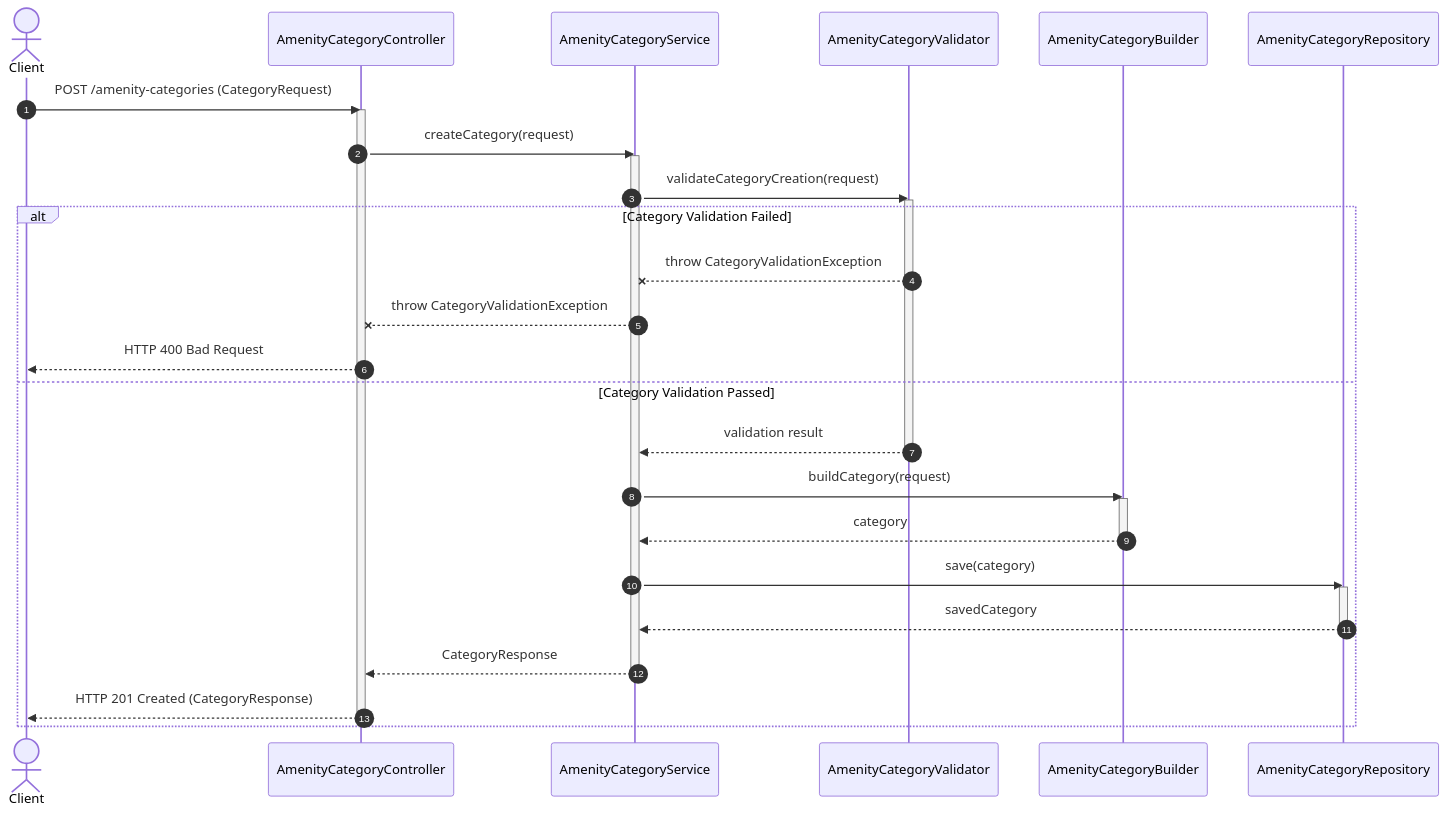
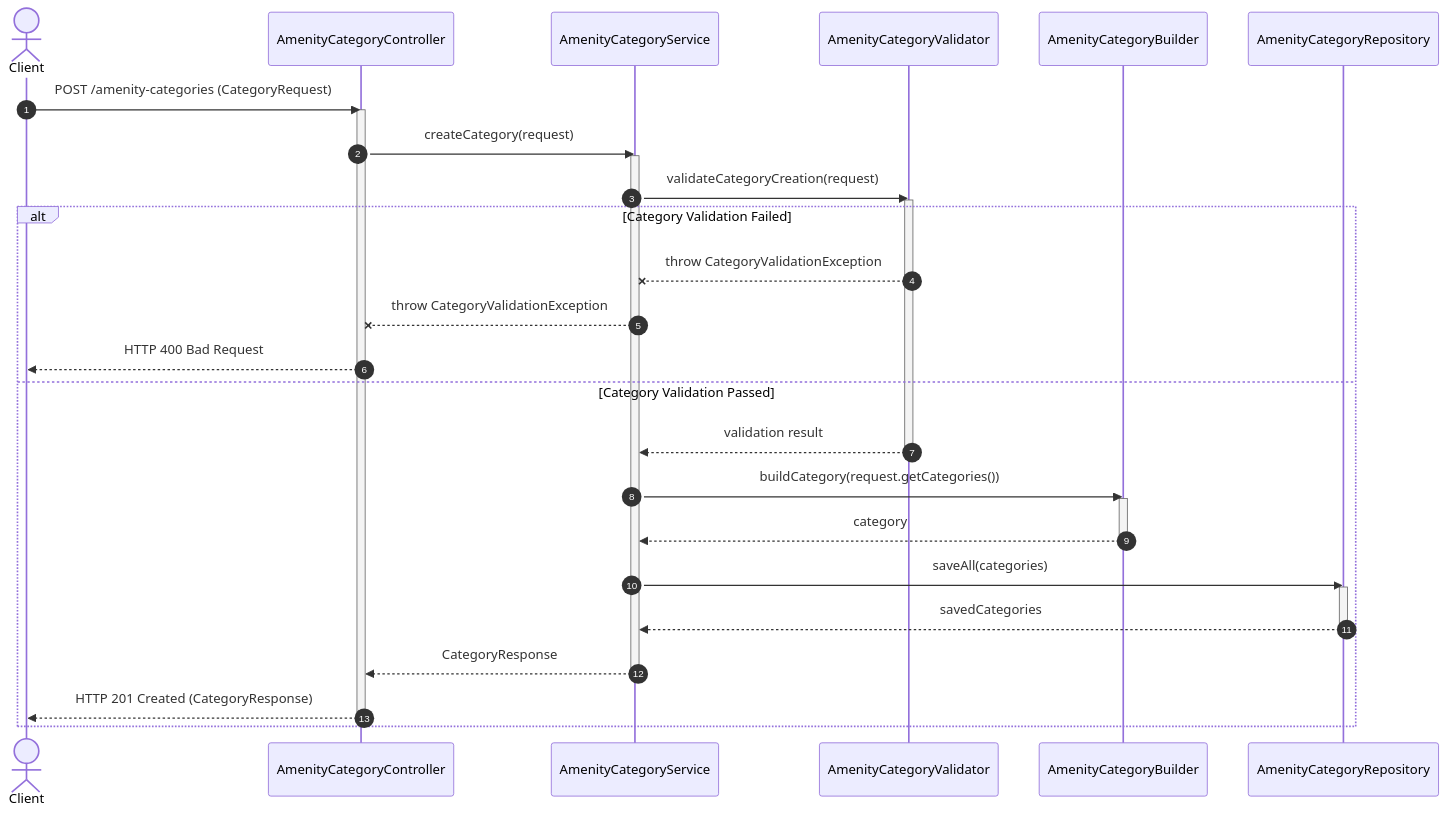
One commit to mhmd-zbib/event-management-system changed the diagram in venue-service/docs/sequence/amenity-category-creation-flow.mmd. Above: the diagram before and after it, drawn with Mermaid. The commit also changed 7 other files, not shown here.

Commit message:
feat: create amenity category flow

```diff
--- a/venue-service/docs/sequence/amenity-category-creation-flow.mmd
+++ b/venue-service/docs/sequence/amenity-category-creation-flow.mmd
@@ -1,41 +1,35 @@
 sequenceDiagram
     autonumber
     actor C as Client
     participant AC as AmenityCategoryController
     participant AS as AmenityCategoryService
     participant AV as AmenityCategoryValidator
     participant AB as AmenityCategoryBuilder
     participant AR as AmenityCategoryRepository
-
     C ->> AC: POST /amenity-categories (CategoryRequest)
     activate AC
-
     AC ->> AS: createCategory(request)
     activate AS
-
     AS ->> AV: validateCategoryCreation(request)
     activate AV
 
     alt Category Validation Failed
         AV --x AS: throw CategoryValidationException
         AS --x AC: throw CategoryValidationException
         AC -->> C: HTTP 400 Bad Request
     else Category Validation Passed
         AV -->> AS: validation result
         deactivate AV
-
-        AS ->> AB: buildCategory(request)
+        AS ->> AB: buildCategory(request.getCategories())
         activate AB
         AB -->> AS: category
         deactivate AB
-
-        AS ->> AR: save(category)
+        AS ->> AR: saveAll(categories)
         activate AR
-        AR -->> AS: savedCategory
+        AR -->> AS: savedCategories
         deactivate AR
-
         AS -->> AC: CategoryResponse
         deactivate AS
         AC -->> C: HTTP 201 Created (CategoryResponse)
         deactivate AC
     end
```
